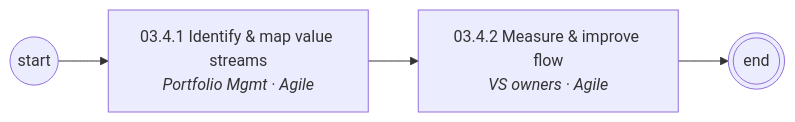
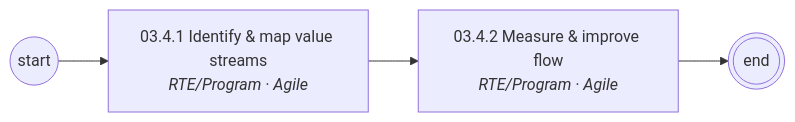
One commit to corbyjames/apptio-process-catalog changed the fifth of 5 diagrams in diagrams/mermaid/area-03.md. Above: the diagram before and after it, drawn with Mermaid. The commit also changed other lines of this file and 251 other files, not shown here.

````diff
--- a/diagrams/mermaid/area-03.md
+++ b/diagrams/mermaid/area-03.md
@@ -73,9 +73,9 @@
 ```mermaid
 flowchart LR
   S((start))
-  N03_4_1["03.4.1 Identify & map value streams<br/><i>Portfolio Mgmt · Agile</i>"]
+  N03_4_1["03.4.1 Identify & map value streams<br/><i>RTE/Program · Agile</i>"]
   S --> N03_4_1
-  N03_4_2["03.4.2 Measure & improve flow<br/><i>VS owners · Agile</i>"]
+  N03_4_2["03.4.2 Measure & improve flow<br/><i>RTE/Program · Agile</i>"]
   N03_4_1 --> N03_4_2
   N03_4_2 --> E(((end)))
 ```
````
